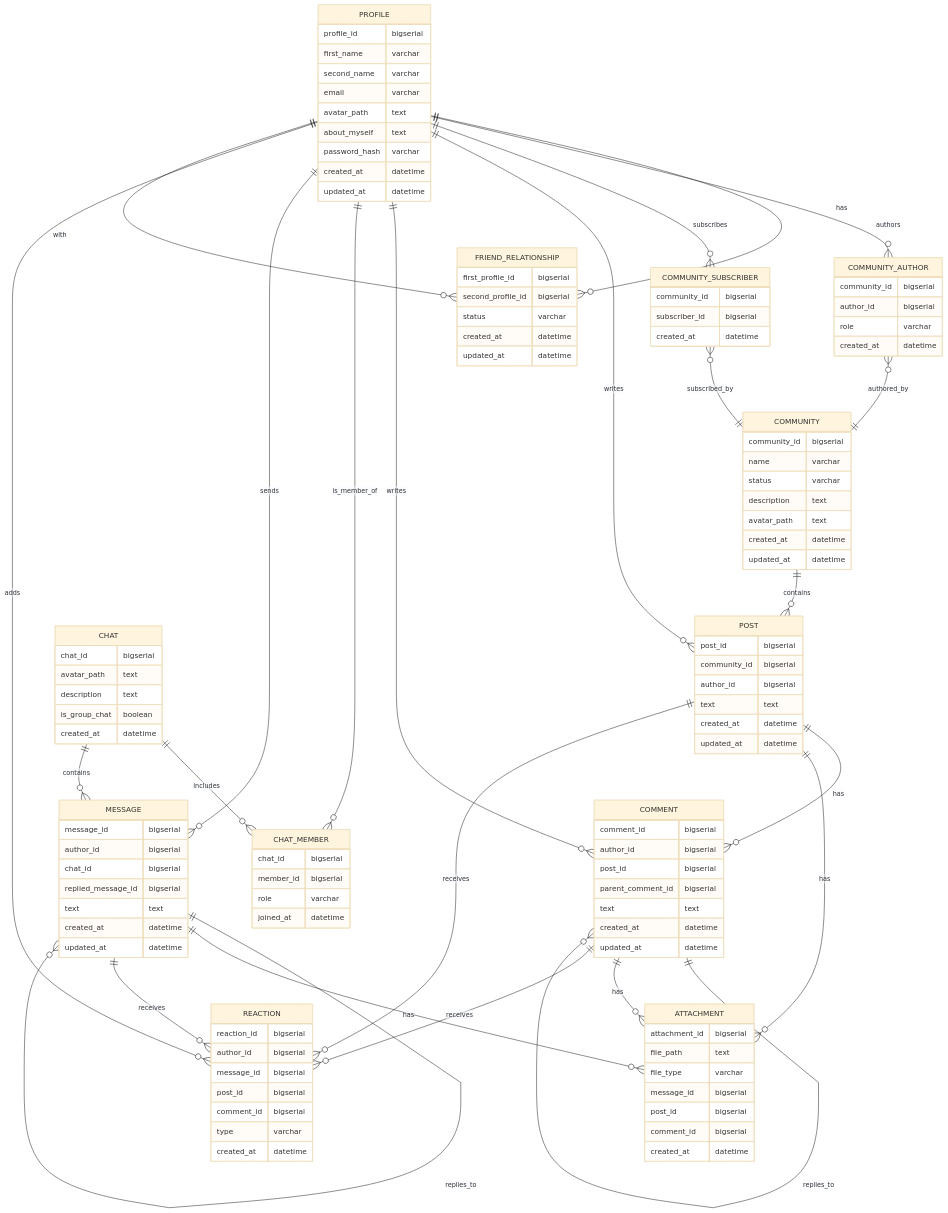
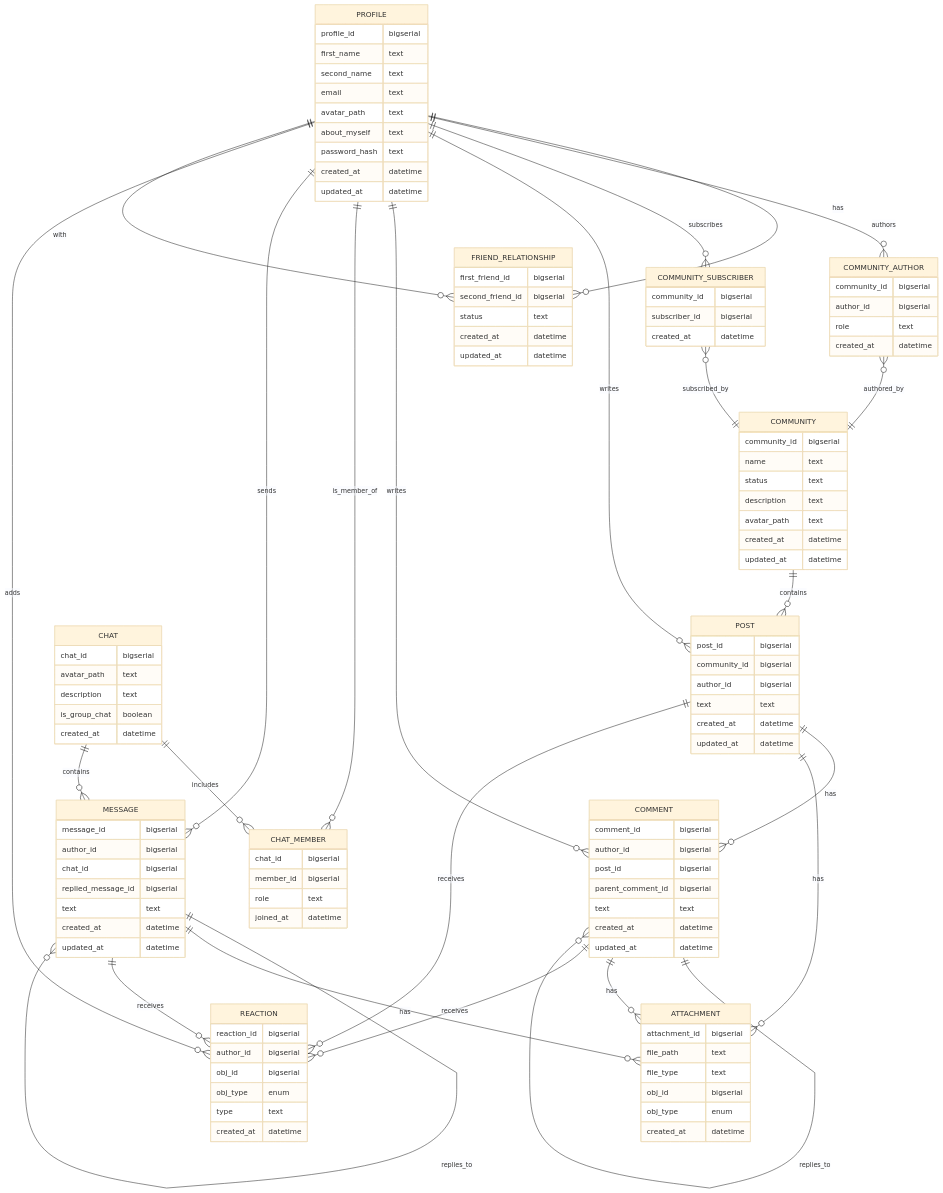
One commit to go-park-mail-ru/2025_2_SLPS_Team changed the diagram in ER_Diagram.md. Above: the diagram before and after it, drawn with Mermaid (base theme).

Commit message:
Fix ER_Diagram

````diff
--- a/ER_Diagram.md
+++ b/ER_Diagram.md
@@ -2,30 +2,32 @@
 ```mermaid
-%%{init: {'flowchart': {'defaultRenderer': 'elk'}}}%%
+
+%%{ init: { "flowchart": { "defaultRenderer": "elk" } } }%%
+
 erDiagram
     PROFILE {
         profile_id bigserial
-        first_name varchar
-        second_name varchar
-        email varchar
+        first_name text
+        second_name text
+        email text
         avatar_path text
         about_myself text
-        password_hash varchar
+        password_hash text
         created_at datetime
         updated_at datetime
     }
 
     FRIEND_RELATIONSHIP {
-        first_profile_id bigserial
-        second_profile_id bigserial
-        status varchar
+        first_friend_id bigserial
+        second_friend_id bigserial
+        status text
         created_at datetime
         updated_at datetime
     }
 
     COMMUNITY {
         community_id bigserial
-        name varchar
-        status varchar
+        name text
+        status text
         description text
         avatar_path text
         created_at datetime
@@ -35,7 +37,7 @@
     COMMUNITY_AUTHOR {
         community_id bigserial
         author_id bigserial
-        role varchar
+        role text
         created_at datetime
     }
 
@@ -75,7 +77,7 @@
     CHAT_MEMBER {
         chat_id bigserial
         member_id bigserial
-        role varchar
+        role text
         joined_at datetime
     }
 
@@ -92,50 +94,48 @@
     ATTACHMENT {
         attachment_id bigserial
         file_path text
-        file_type varchar
-        message_id bigserial
-        post_id bigserial
-        comment_id bigserial
+        file_type text
+        obj_id bigserial
+        obj_type enum
         created_at datetime
     }
 
     REACTION {
         reaction_id bigserial
         author_id bigserial
-        message_id bigserial
-        post_id bigserial
-        comment_id bigserial
-        type varchar
+        obj_id bigserial
+        obj_type enum
+        type text
         created_at datetime
     }
 
     PROFILE ||--o{ FRIEND_RELATIONSHIP : "has"
     FRIEND_RELATIONSHIP }o--|| PROFILE : "with"
-    
+
     PROFILE ||--o{ COMMUNITY_AUTHOR : "authors"
     COMMUNITY_AUTHOR }o--|| COMMUNITY : "authored_by"
-    
+
     PROFILE ||--o{ COMMUNITY_SUBSCRIBER : "subscribes"
     COMMUNITY_SUBSCRIBER }o--|| COMMUNITY : "subscribed_by"
-    
+
     COMMUNITY ||--o{ POST : "contains"
     PROFILE ||--o{ POST : "writes"
-    
+
     POST ||--o{ COMMENT : "has"
     PROFILE ||--o{ COMMENT : "writes"
     COMMENT ||--o{ COMMENT : "replies_to"
-    
+
     CHAT ||--o{ CHAT_MEMBER : "includes"
     PROFILE ||--o{ CHAT_MEMBER : "is_member_of"
-    
+
     CHAT ||--o{ MESSAGE : "contains"
     PROFILE ||--o{ MESSAGE : "sends"
     MESSAGE ||--o{ MESSAGE : "replies_to"
-    
+
     MESSAGE ||--o{ ATTACHMENT : "has"
     POST ||--o{ ATTACHMENT : "has"
     COMMENT ||--o{ ATTACHMENT : "has"
-    
+
     MESSAGE ||--o{ REACTION : "receives"
     POST ||--o{ REACTION : "receives"
     COMMENT ||--o{ REACTION : "receives"
````
